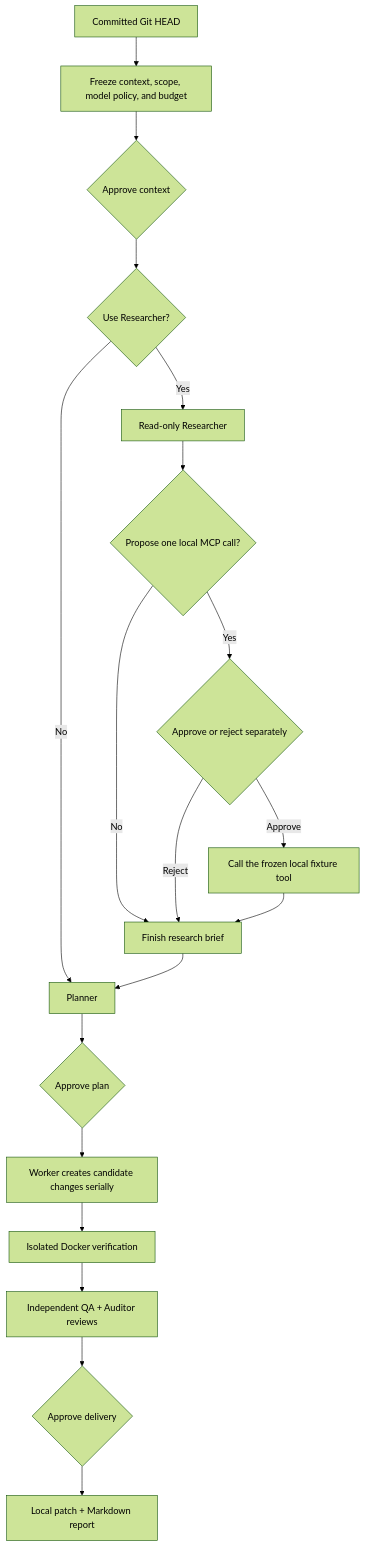
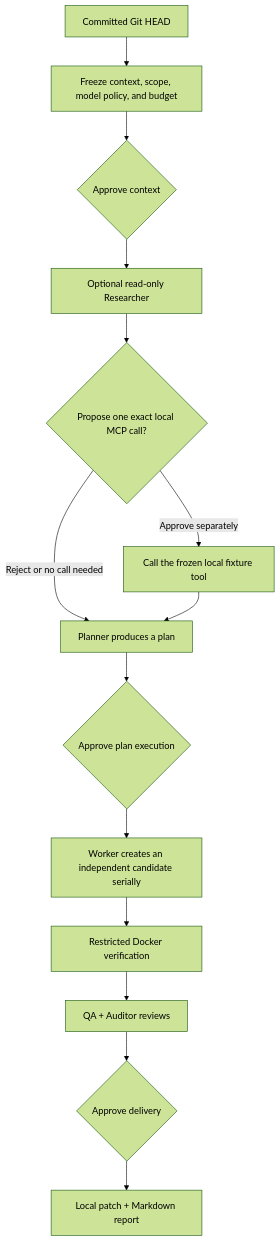
Before and after one commit to tsumon/foundry: the diagram in README.en.md, drawn with Mermaid (forest theme). The commit also changed other lines of this file and 9 other files, not shown here.

````diff
--- a/README.en.md
+++ b/README.en.md
@@ -22,21 +89,16 @@
 ```mermaid
 flowchart TD
     A["Committed Git HEAD"] --> B["Freeze context, scope, model policy, and budget"]
     B --> C{"Approve context"}
-    C --> Q{"Use Researcher?"}
-    Q -- "No" --> P["Planner"]
-    Q -- "Yes" --> R["Read-only Researcher"]
-    R --> M{"Propose one local MCP call?"}
-    M -- "No" --> Z["Finish research brief"]
-    M -- "Yes" --> X{"Approve or reject separately"}
-    X -- "Reject" --> Z
-    X -- "Approve" --> T["Call the frozen local fixture tool"]
-    T --> Z
-    Z --> P
-    P --> E{"Approve plan"}
-    E --> F["Worker creates candidate changes serially"]
-    F --> G["Isolated Docker verification"]
-    G --> H["Independent QA + Auditor reviews"]
+    C --> R["Optional read-only Researcher"]
+    R --> M{"Propose one exact local MCP call?"}
+    M -- "Reject or no call needed" --> P["Planner produces a plan"]
+    M -- "Approve separately" --> T["Call the frozen local fixture tool"]
+    T --> P
+    P --> E{"Approve plan execution"}
+    E --> F["Worker creates an independent candidate serially"]
+    F --> G["Restricted Docker verification"]
+    G --> H["QA + Auditor reviews"]
     H --> I{"Approve delivery"}
     I --> J["Local patch + Markdown report"]
 ```
````
